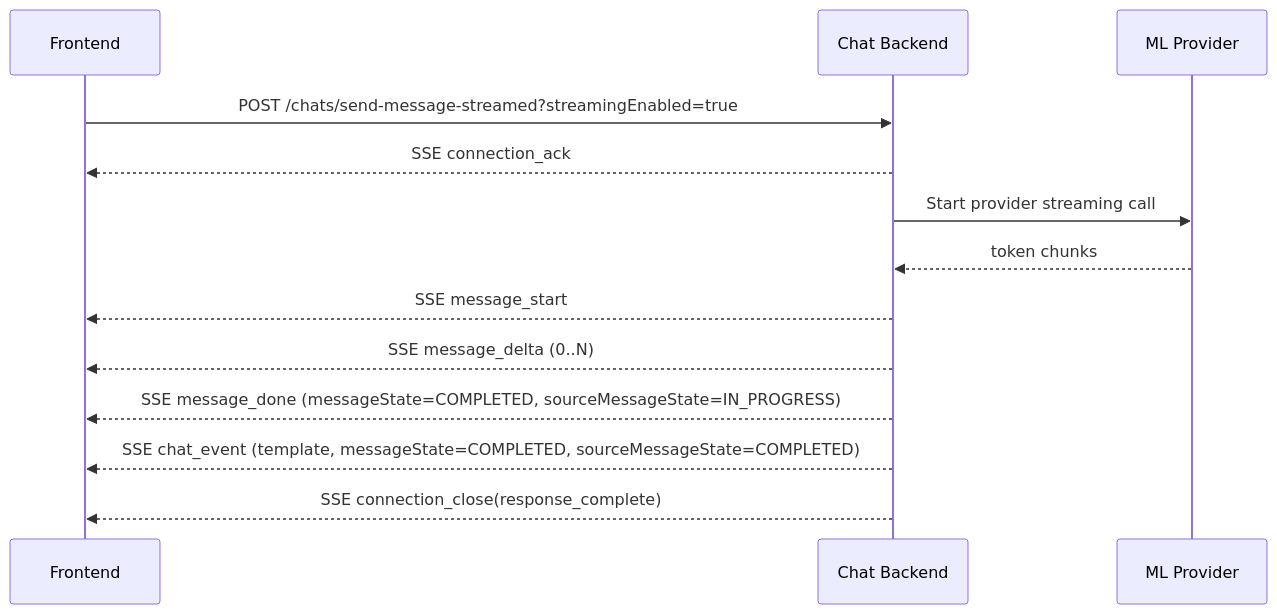
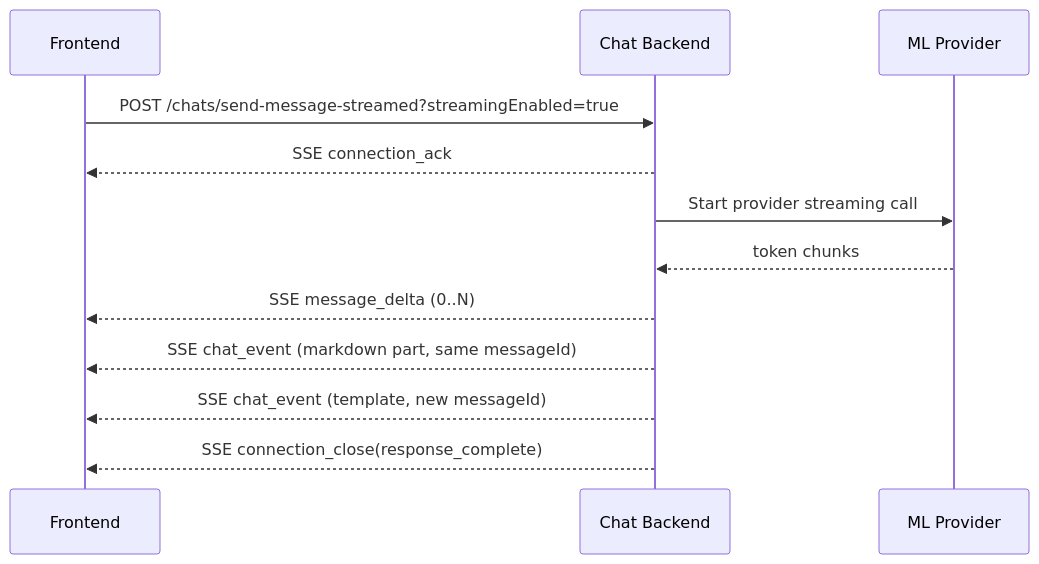
Before and after one commit to sachin-hg/chat-demo: the first of 2 diagrams in chat_v1_1_incremental_streaming.md, drawn with Mermaid. The commit also changed other lines of this file and 2 other files, not shown here.

````diff
--- a/chat_v1_1_incremental_streaming.md
+++ b/chat_v1_1_incremental_streaming.md
@@ -440,16 +386,15 @@
 ```mermaid
 sequenceDiagram
     participant FE as Frontend
     participant BE as Chat Backend
     participant ML as ML Provider
 
     FE->>BE: POST /chats/send-message-streamed?streamingEnabled=true
     BE-->>FE: SSE connection_ack
     BE->>ML: Start provider streaming call
     ML-->>BE: token chunks
-    BE-->>FE: SSE message_start
     BE-->>FE: SSE message_delta (0..N)
-    BE-->>FE: SSE message_done (messageState=COMPLETED, sourceMessageState=IN_PROGRESS)
-    BE-->>FE: SSE chat_event (template, messageState=COMPLETED, sourceMessageState=COMPLETED)
+    BE-->>FE: SSE chat_event (markdown part, same messageId)
+    BE-->>FE: SSE chat_event (template, new messageId)
     BE-->>FE: SSE connection_close(response_complete)
 ```
````
